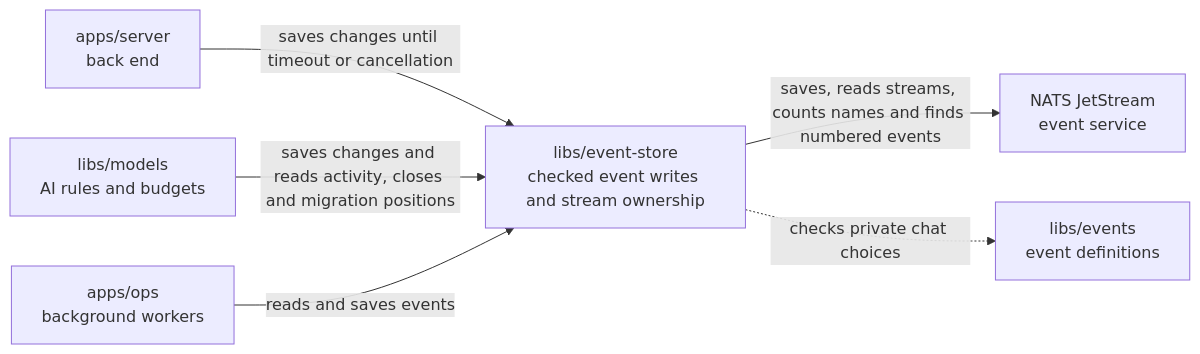
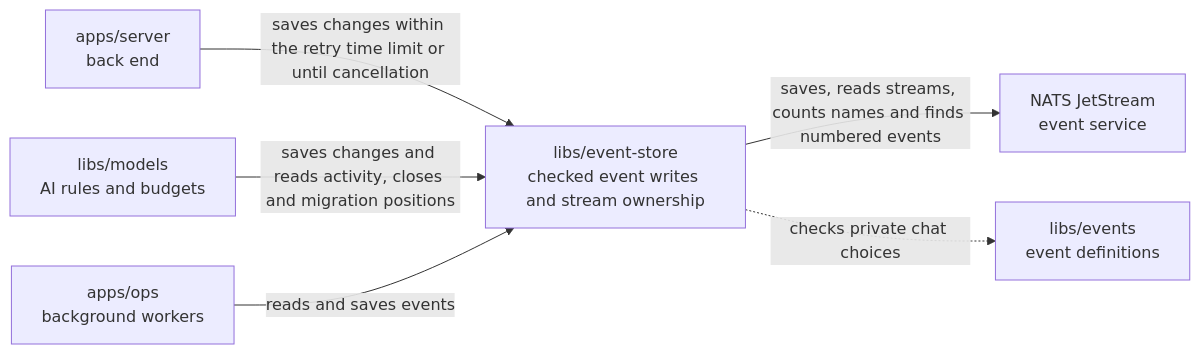
One commit to elewa-git/opencrane-new changed the diagram in libs/event-store/README.md. Above: the diagram before and after it, drawn with Mermaid. The commit also changed other lines of this file and 3 other files, not shown here.

````diff
--- a/libs/event-store/README.md
+++ b/libs/event-store/README.md
@@ -22,8 +22,8 @@
 ```mermaid
 flowchart LR
-  server["apps/server<br/>back end"] -->|saves changes until timeout or cancellation| store["libs/event-store<br/>checked event writes and stream ownership"]
+  server["apps/server<br/>back end"] -->|saves changes within the retry time limit or until cancellation| store["libs/event-store<br/>checked event writes and stream ownership"]
   models["libs/models<br/>AI rules and budgets"] -->|saves changes and reads activity, closes and migration positions| store
   ops["apps/ops<br/>background workers"] -->|reads and saves events| store
   store -->|saves, reads streams, counts names and finds numbered events| nats["NATS JetStream<br/>event service"]
   store -.->|checks private chat choices| events["libs/events<br/>event definitions"]
 ```
````
